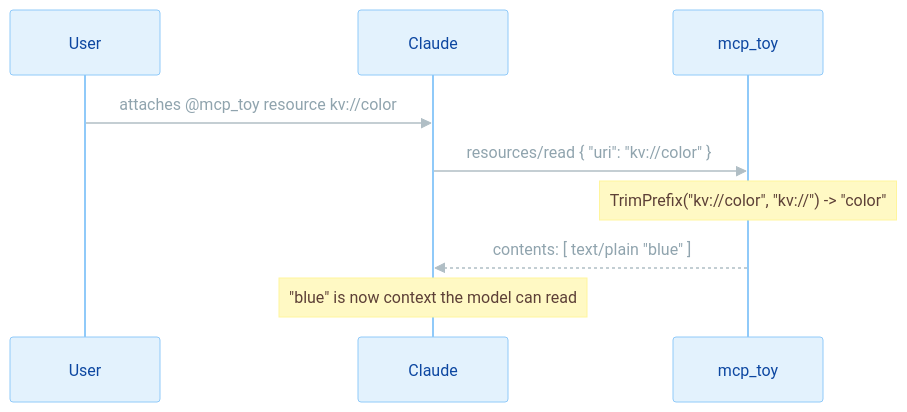
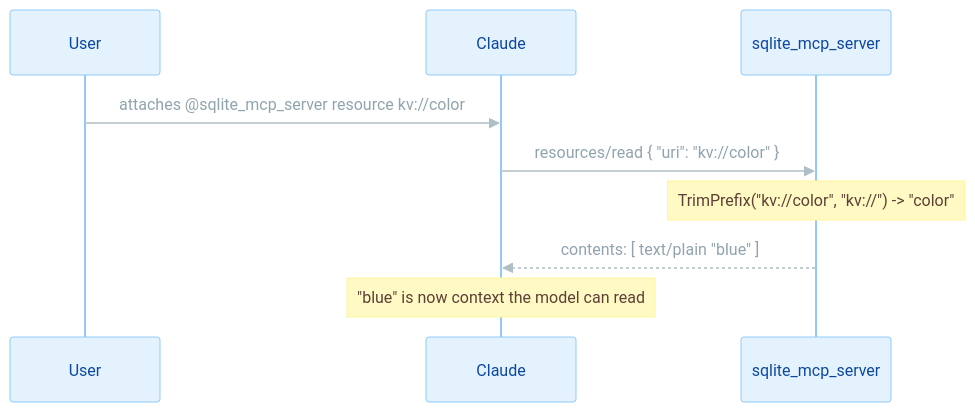
One commit to pixperk/sqlite_mcp_server changed the fourth of 4 diagrams in README.md. Above: the diagram before and after it, drawn with Mermaid. The commit also changed other lines of this file, not shown here.

````diff
--- a/README.md
+++ b/README.md
@@ -247,13 +247,13 @@
 ```mermaid
 %%{init: {'theme':'base','themeVariables':{'actorBkg':'#E3F2FD','actorBorder':'#90CAF9','actorTextColor':'#0D47A1','signalColor':'#B0BEC5','signalTextColor':'#90A4AE','lineColor':'#B0BEC5','noteBkgColor':'#FFF9C4','noteBorderColor':'#FFF59D','noteTextColor':'#5D4037'}}}%%
 sequenceDiagram
     participant U as User
     participant C as Claude
-    participant S as mcp_toy
+    participant S as sqlite_mcp_server
 
-    U->>C: attaches @mcp_toy resource kv://color
+    U->>C: attaches @sqlite_mcp_server resource kv://color
     C->>S: resources/read { "uri": "kv://color" }
     Note over S: TrimPrefix("kv://color", "kv://") -> "color"
     S-->>C: contents: [ text/plain "blue" ]
     Note over C: "blue" is now context the model can read
 ```
````
